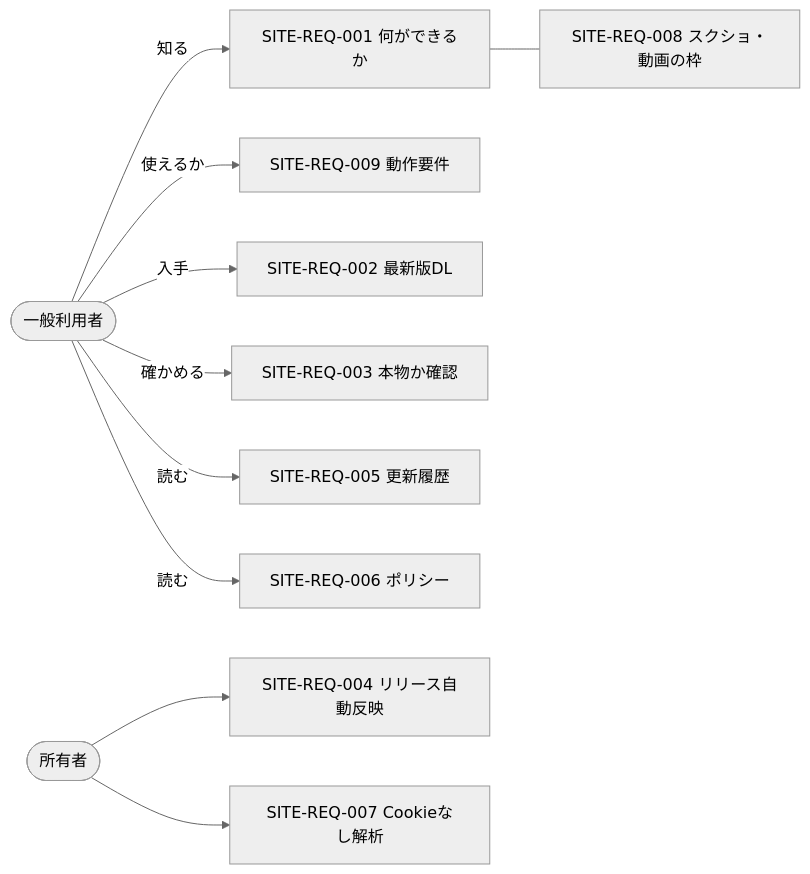
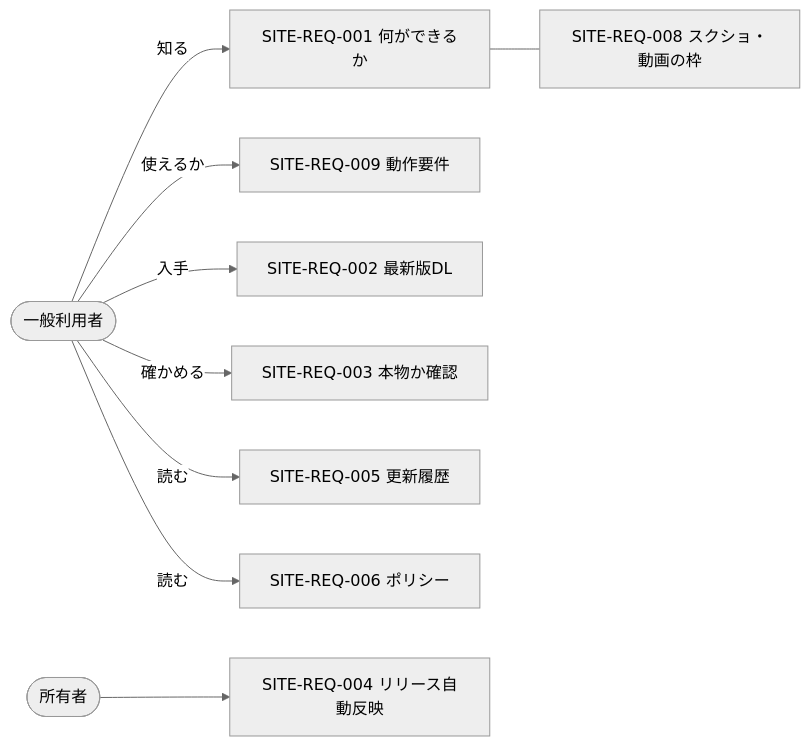
The diagram in docs/design/01_requirements.md (itiwoja/DC-Designer), drawn with Mermaid (neutral theme) before and after one commit. The commit also changed other lines of this file and 14 other files, not shown here.

````diff
--- a/docs/design/01_requirements.md
+++ b/docs/design/01_requirements.md
@@ -15,12 +15,11 @@
 ```mermaid
 flowchart LR
   P1([一般利用者]) -->|知る| R1[SITE-REQ-001 何ができるか]
   P1 -->|使えるか| R9[SITE-REQ-009 動作要件]
   P1 -->|入手| R2[SITE-REQ-002 最新版DL]
   P1 -->|確かめる| R3[SITE-REQ-003 本物か確認]
   P1 -->|読む| R5[SITE-REQ-005 更新履歴]
   P1 -->|読む| R6[SITE-REQ-006 ポリシー]
   OW([所有者]) --> R4[SITE-REQ-004 リリース自動反映]
-  OW --> R7[SITE-REQ-007 Cookieなし解析]
   R1 --- R8[SITE-REQ-008 スクショ・動画の枠]
 ```
````
